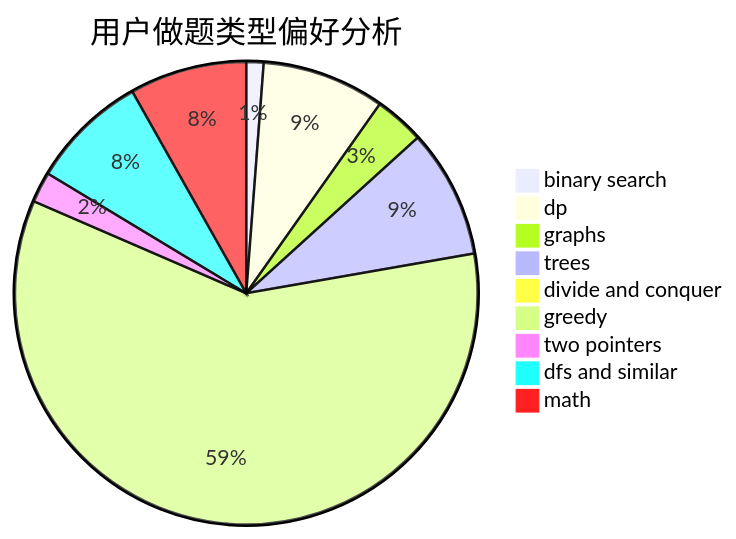
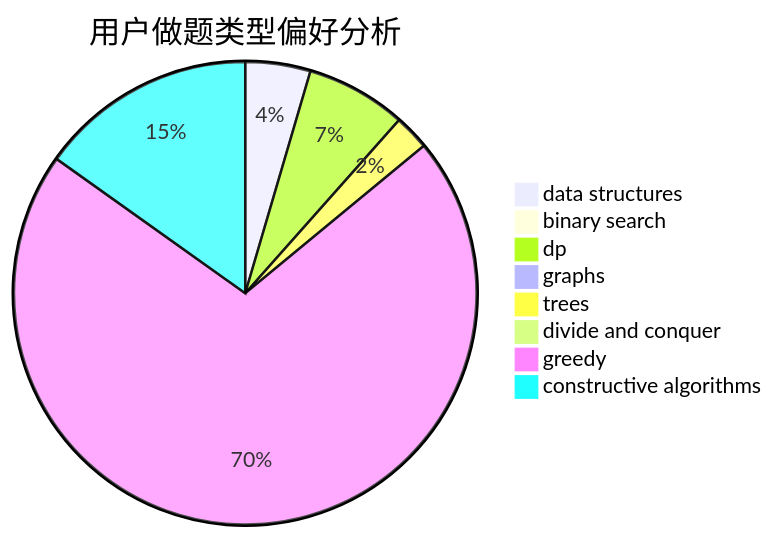
One commit to sherpahu/cfrs.github.io changed the second of 3 diagrams in docs/user/u2197.md. Above: the diagram before and after it, drawn with Mermaid. The commit also changed other lines of this file and 2775 other files, not shown here.

````diff
--- a/docs/user/u2197.md
+++ b/docs/user/u2197.md
@@ -23,12 +23,11 @@
 ```mermaid
 pie title 用户做题类型偏好分析
-    "binary search" :  9
-    "dp" :  64
-    "graphs" :  26
-    "trees" :  67
-    "divide and conquer" :  2
-    "greedy" :  442
-    "two pointers" :  16
-    "dfs and similar" :  61
-    "math" :  61
+    "data structures" :  24
+    "binary search" :  5
+    "dp" :  37
+    "graphs" :  2
+    "trees" :  13
+    "divide and conquer" :  0
+    "greedy" :  374
+    "constructive algorithms" :  80
 ```
````
